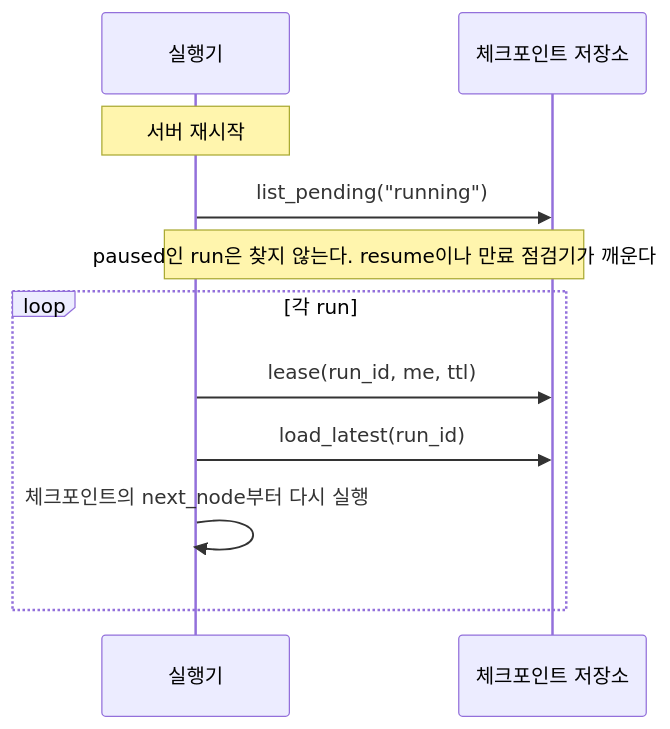
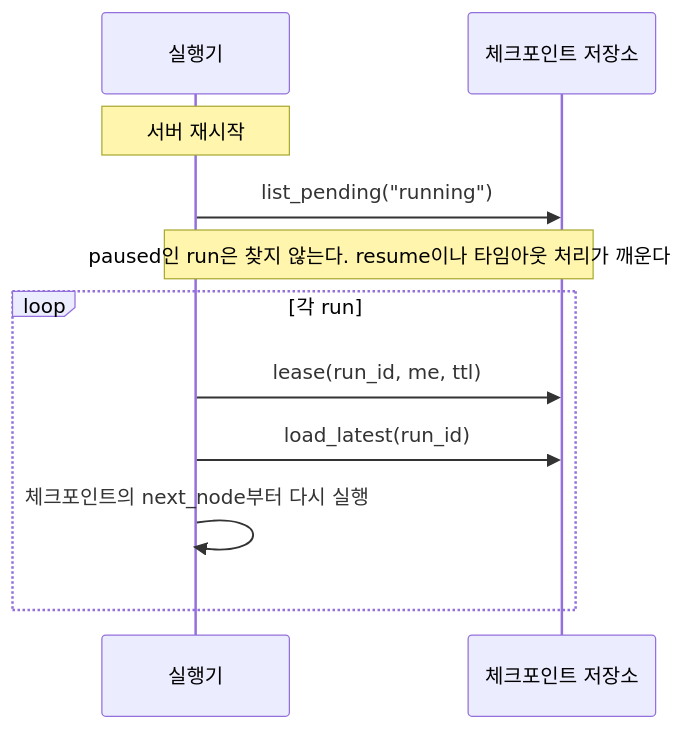
Before and after one commit to iwindfree/ai-agent-framework-architecture: the third of 6 diagrams in 00.architecture.md, drawn with Mermaid. The commit also changed other lines of this file and 2 other files, not shown here.

First line of the commit message:
Rename 만료 점검기 to 타임아웃 처리 and refine Agent 호출 description

````diff
--- a/00.architecture.md
+++ b/00.architecture.md
@@ -503,13 +503,13 @@
 ```mermaid
 sequenceDiagram
     participant X as 실행기
     participant S as 체크포인트 저장소
     Note over X: 서버 재시작
     X->>S: list_pending("running")
-    Note over X,S: paused인 run은 찾지 않는다. resume이나 만료 점검기가 깨운다
+    Note over X,S: paused인 run은 찾지 않는다. resume이나 타임아웃 처리가 깨운다
     loop 각 run
         X->>S: lease(run_id, me, ttl)
         X->>S: load_latest(run_id)
         X->>X: 체크포인트의 next_node부터 다시 실행
     end
 ```
````
